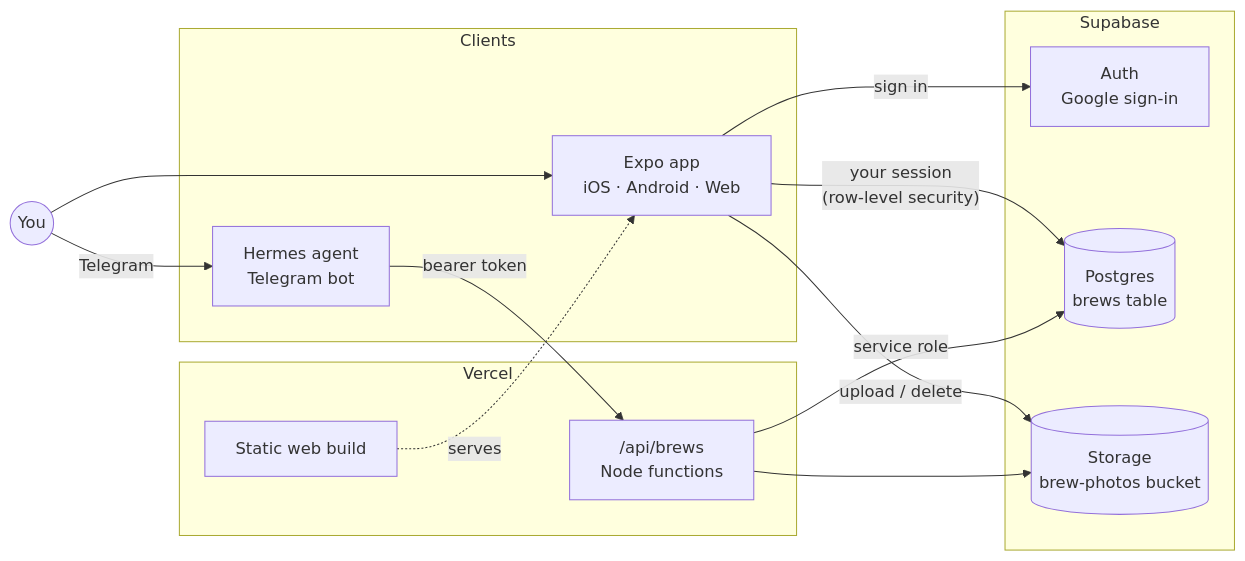
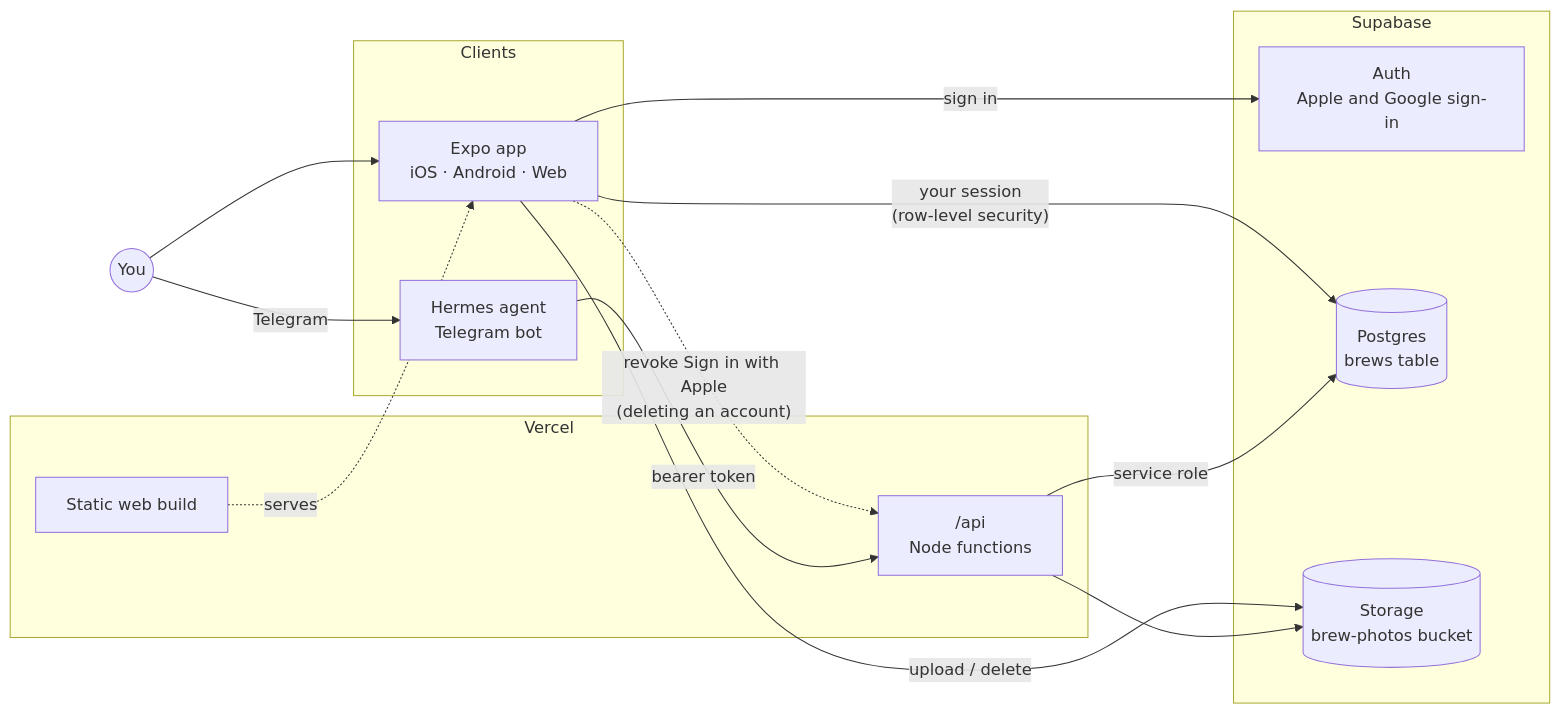
Before and after one commit to antmelon/BruLogger: the first of 6 diagrams in README.md, drawn with Mermaid. The commit also changed other lines of this file and 23 other files, not shown here.

First line of the commit message:
Sign in with Apple, on iPhone and the website

````diff
--- a/README.md
+++ b/README.md
@@ -33,30 +33,31 @@
 ```mermaid
 flowchart LR
   you((You))
 
   subgraph clients [Clients]
     app["Expo app<br/>iOS · Android · Web"]
     bot["Hermes agent<br/>Telegram bot"]
   end
 
   subgraph vercel [Vercel]
     web["Static web build"]
-    api["/api/brews<br/>Node functions"]
+    api["/api<br/>Node functions"]
   end
 
   subgraph supabase [Supabase]
-    auth["Auth<br/>Google sign-in"]
+    auth["Auth<br/>Apple and Google sign-in"]
     db[("Postgres<br/>brews table")]
     storage[("Storage<br/>brew-photos bucket")]
   end
 
   you --> app
   you -- Telegram --> bot
   web -. serves .-> app
   app -- sign in --> auth
   app -- "your session<br/>(row-level security)" --> db
   app -- upload / delete --> storage
+  app -. "revoke Sign in with Apple<br/>(deleting an account)" .-> api
   bot -- bearer token --> api
   api -- service role --> db
   api --> storage
 ```
````
